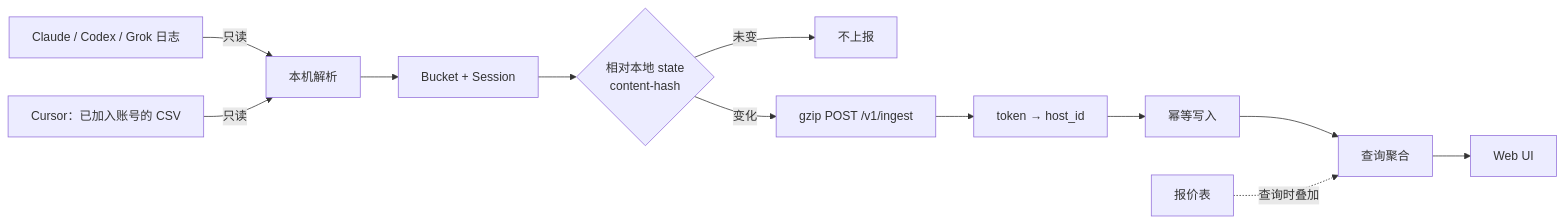
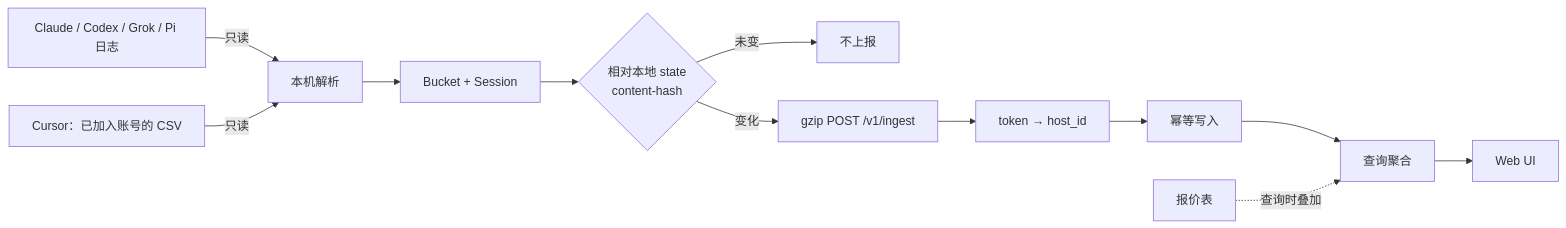
The second of 5 diagrams in docs/design/architecture.md (Huanfiy/ai-usage), drawn with Mermaid before and after one commit. The commit also changed other lines of this file and 19 other files, not shown here.

````diff
--- a/docs/design/architecture.md
+++ b/docs/design/architecture.md
@@ -91,14 +91,14 @@
 ```mermaid
 flowchart LR
-  logs[Claude / Codex / Grok 日志] -->|只读| parse[本机解析]
+  logs[Claude / Codex / Grok / Pi 日志] -->|只读| parse[本机解析]
   cursor[Cursor：已加入账号的 CSV] -->|只读| parse
   parse --> norm[Bucket + Session]
   norm --> diff{相对本地 state<br/>content-hash}
   diff -->|未变| skip[不上报]
   diff -->|变化| push["gzip POST /v1/ingest"]
   push --> id[token → host_id]
   id --> store[幂等写入]
   store --> q[查询聚合]
   price[报价表] -.->|查询时叠加| q
   q --> ui[Web UI]
 ```
````
